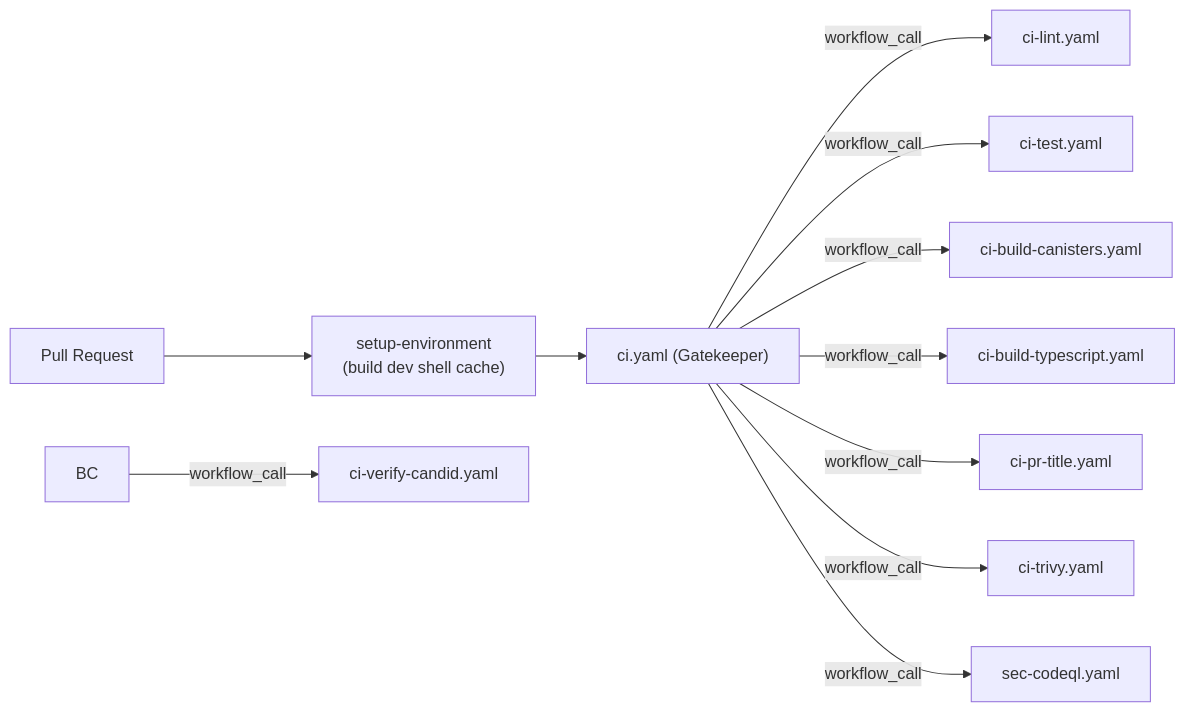
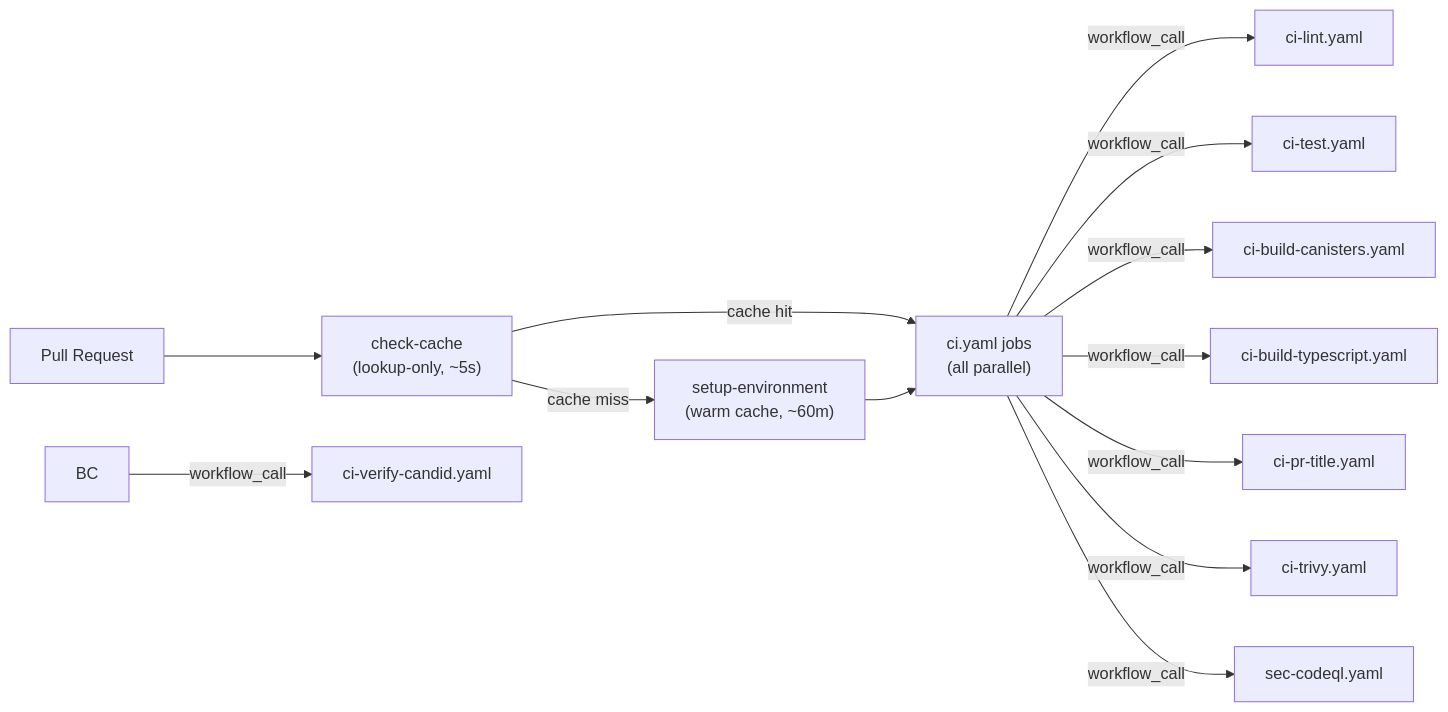
One commit to irken-empire/ic-siwa changed the third of 3 diagrams in docs/ci-cd.md. Above: the diagram before and after it, drawn with Mermaid. The commit also changed other lines of this file and 3 other files, not shown here.

Commit message:
fix: cache hit

````diff
--- a/docs/ci-cd.md
+++ b/docs/ci-cd.md
@@ -64,14 +64,17 @@
 ```mermaid
 graph LR
-    PR["Pull Request"] --> SE["setup-environment<br/>(build dev shell cache)"]
-    SE --> CI["ci.yaml (Gatekeeper)"]
+    PR["Pull Request"] --> CC["check-cache<br/>(lookup-only, ~5s)"]
+
+    CC --> |cache hit| CI["ci.yaml jobs<br/>(all parallel)"]
+    CC --> |cache miss| SE["setup-environment<br/>(warm cache, ~60m)"]
+    SE --> CI
 
     CI --> |workflow_call| CI_LINT["ci-lint.yaml"]
     CI --> |workflow_call| CI_TEST["ci-test.yaml"]
     CI --> |workflow_call| CI_BUILD_CAN["ci-build-canisters.yaml"]
     CI --> |workflow_call| CI_BUILD_TS["ci-build-typescript.yaml"]
     CI --> |workflow_call| CI_PR_TITLE["ci-pr-title.yaml"]
     CI --> |workflow_call| CI_TRIVY["ci-trivy.yaml"]
     CI --> |workflow_call| CI_CODEQL["sec-codeql.yaml"]
     BC --> |workflow_call| CI_VERIFY_CAN["ci-verify-candid.yaml"]
 ```
````
